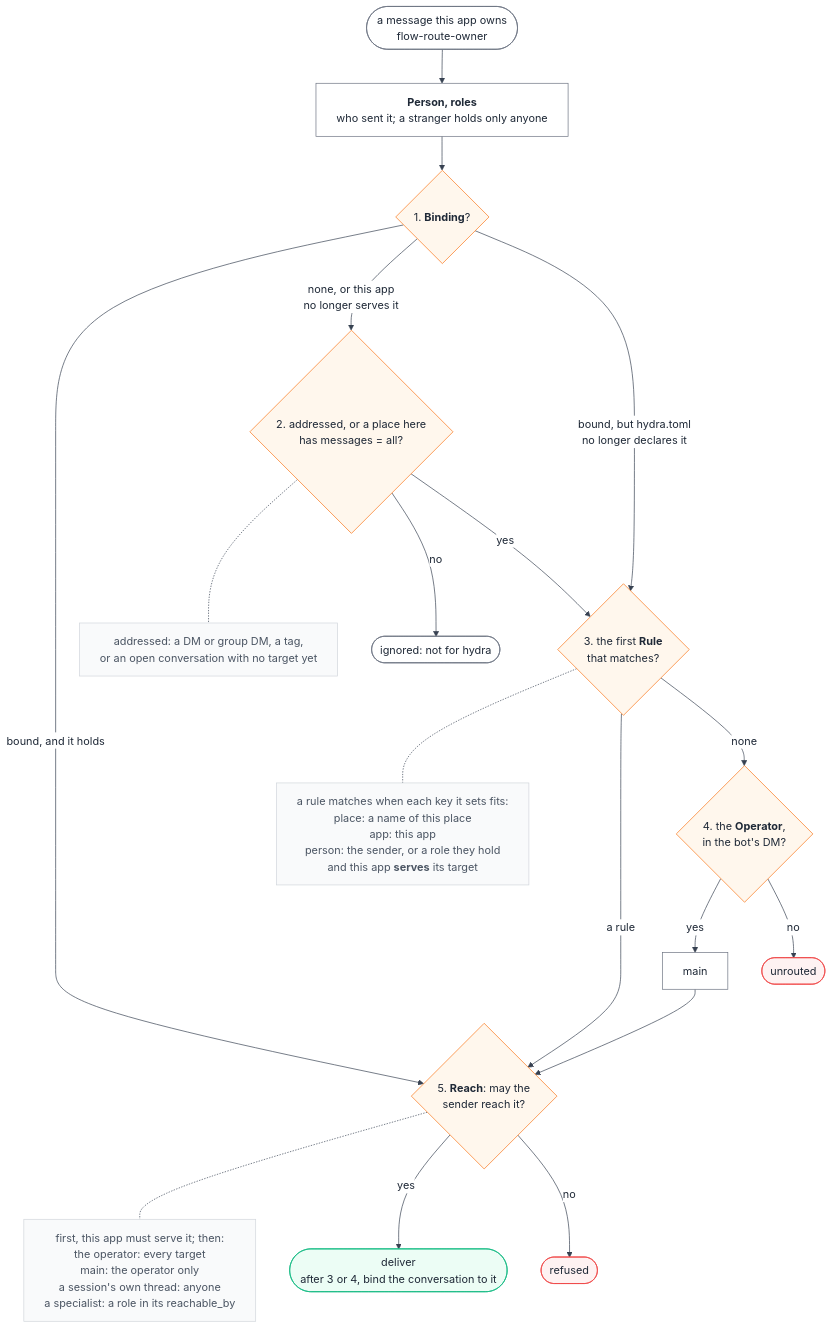
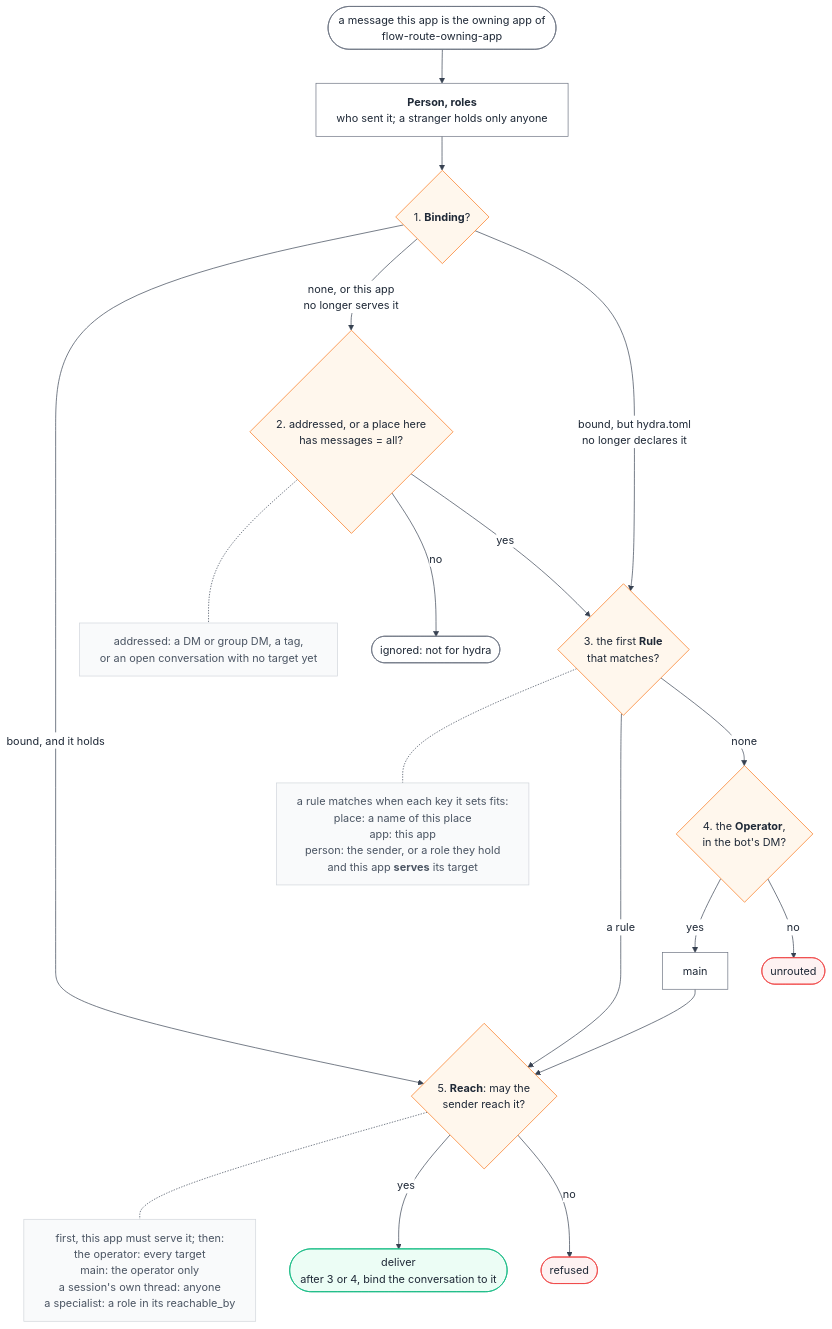
One commit to sf8193/hydra changed the diagram in diagrams/flow-route.mmd. Above: the diagram before and after it, drawn with Mermaid. The commit also changed 61 other files, not shown here.

First line of the commit message:
Name by the glossary: owning app, connected, Conversation types, schedule, TargetValue

```diff
--- a/diagrams/flow-route.mmd
+++ b/diagrams/flow-route.mmd
@@ -1,45 +1,45 @@
 %%{init: {"theme":"base","themeVariables":{"background":"#ffffff","primaryColor":"#ffffff","primaryBorderColor":"#6b7280","primaryTextColor":"#1f2937","lineColor":"#374151","clusterBkg":"#ffffff","clusterBorder":"#d1d5db"},"flowchart":{"wrappingWidth":420,"useMaxWidth":false}}}%%
 %% Which target hears a message, and may its sender reach it? route(), routing/route.ts:201. Pure: config and message in, a Fate out.
-%% route() first asks which app owns the message (route.ts:211-218): drawn in flow-route-owner. A Fate is a decision, not an action:
+%% route() first asks which app is the owning app (route.ts:211-218): drawn in flow-route-owning-app. A Fate is a decision, not an action:
 %% the Slack connector acts on it, and may still drop a "deliver" (flow-slack-accept). Every box's source: diagrams/flow-route.sources.md.
 flowchart TD
-  in(["a message this app owns<br/>flow-route-owner"])
+  in(["a message this app is the owning app of<br/>flow-route-owning-app"])
   who["<b>Person, roles</b><br/>who sent it; a stranger holds only anyone"]
   g1{"1. <b>Binding</b>?"}
   g2{"2. addressed, or a place here<br/>has messages = all?"}
   n2["addressed: a DM or group DM, a tag,<br/>or an open conversation with no target yet"]
   g3{"3. the first <b>Rule</b><br/>that matches?"}
   n3["a rule matches when each key it sets fits:<br/>place: a name of this place<br/>app: this app<br/>person: the sender, or a role they hold<br/>and this app <b>serves</b> its target"]
   g4{"4. the <b>Operator</b>,<br/>in the bot's DM?"}
   main["main"]
   g5{"5. <b>Reach</b>: may the<br/>sender reach it?"}
   n5["first, this app must serve it; then:<br/>the operator: every target<br/>main: the operator only<br/>a session's own thread: anyone<br/>a specialist: a role in its reachable_by"]
   del(["deliver<br/>after 3 or 4, bind the conversation to it"])
   ref(["refused"])
   unr(["unrouted"])
   ign(["ignored: not for hydra"])
 
   in --> who --> g1
   g1 -->|"bound, and it holds"| g5
   g1 -->|"none, or this app<br/>no longer serves it"| g2
   g1 -->|"bound, but hydra.toml<br/>no longer declares it"| g3
   g2 -.- n2
   g2 -->|no| ign
   g2 -->|yes| g3
   g3 -.- n3
   g3 -->|a rule| g5
   g3 -->|none| g4
   g4 -->|yes| main --> g5
   g4 -->|no| unr
   g5 -.- n5
   g5 -->|yes| del
   g5 -->|no| ref
 
   classDef gate fill:#fff7ed,stroke:#f97316,color:#1f2937
   classDef stop fill:#fef2f2,stroke:#ef4444,color:#1f2937
   classDef done fill:#ecfdf5,stroke:#10b981,color:#1f2937
   classDef note fill:#f9fafb,stroke:#d1d5db,color:#4b5563
   class g1,g2,g3,g4,g5 gate
   class ref,unr stop
   class del done
   class n2,n3,n5 note
```
